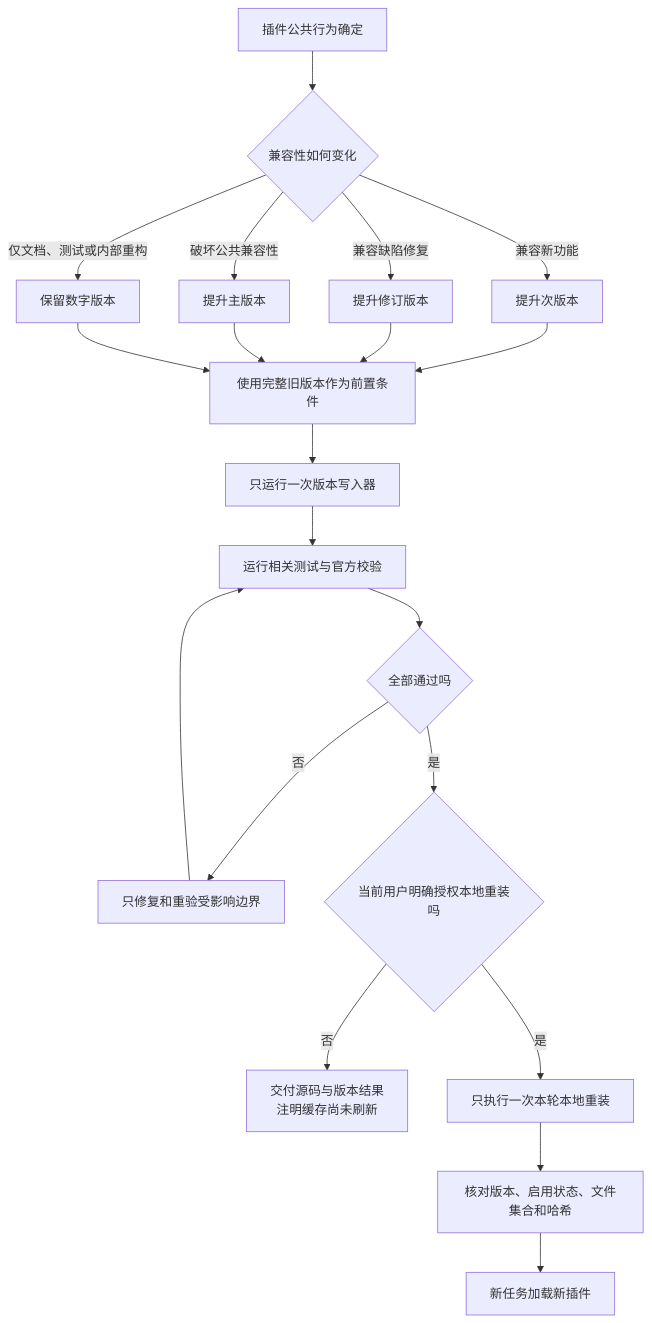
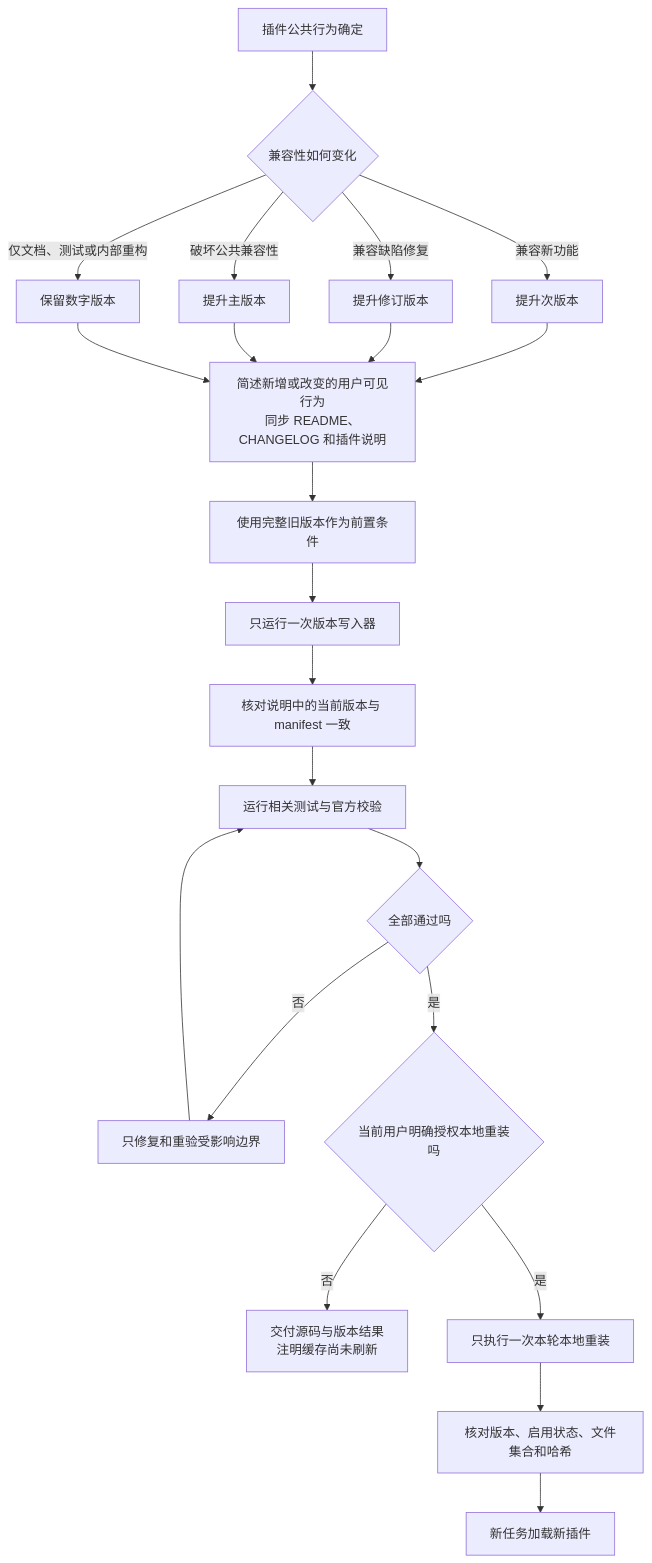
Diagram 13 of 13 in skills/lean-stack/references/flowcharts-zh.md (Lang45/codex-lean-stack), drawn with Mermaid before and after one commit. The commit also changed 6 other files, not shown here.

````diff
--- a/skills/lean-stack/references/flowcharts-zh.md
+++ b/skills/lean-stack/references/flowcharts-zh.md
@@ -685,22 +685,24 @@
 ```mermaid
 flowchart TD
     A[插件公共行为确定] --> B{兼容性如何变化}
     B -->|兼容新功能| C[提升次版本]
     B -->|兼容缺陷修复| D[提升修订版本]
     B -->|破坏公共兼容性| E[提升主版本]
     B -->|仅文档、测试或内部重构| F[保留数字版本]
-    C --> G[使用完整旧版本作为前置条件]
-    D --> G
-    E --> G
-    F --> G
+    C --> G0[简述新增或改变的用户可见行为<br/>同步 README、CHANGELOG 和插件说明]
+    D --> G0
+    E --> G0
+    F --> G0
+    G0 --> G[使用完整旧版本作为前置条件]
     G --> H[只运行一次版本写入器]
-    H --> I[运行相关测试与官方校验]
+    H --> H1[核对说明中的当前版本与 manifest 一致]
+    H1 --> I[运行相关测试与官方校验]
     I --> J{全部通过吗}
     J -->|否| K[只修复和重验受影响边界]
     K --> I
     J -->|是| L0{当前用户明确授权本地重装吗}
     L0 -->|否| L1[交付源码与版本结果<br/>注明缓存尚未刷新]
     L0 -->|是| L[只执行一次本轮本地重装]
     L --> M[核对版本、启用状态、文件集合和哈希]
     M --> N[新任务加载新插件]
 ```
````
